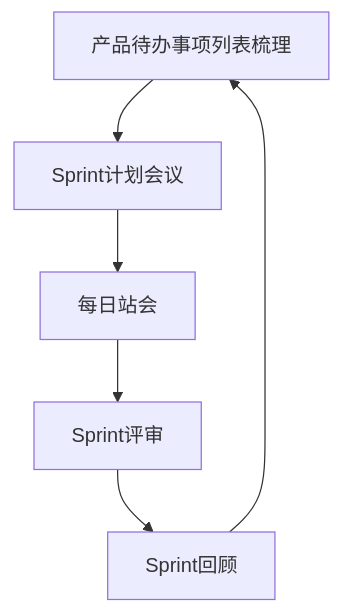
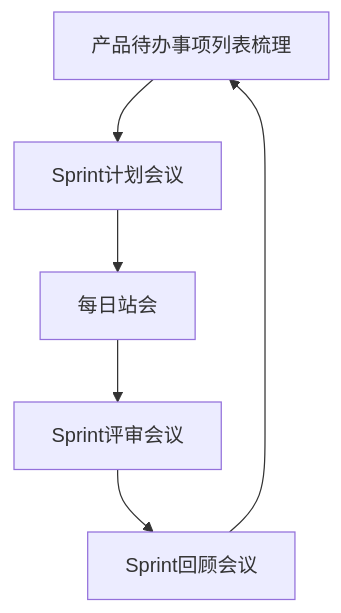
One commit to yuedong111/learnmix_resource changed the diagram in output/software_junior/08_敏捷开发方法_.md. Above: the diagram before and after it, drawn with Mermaid. The commit also changed other lines of this file and 15 other files, not shown here.

Commit message:
Refactor chapters 15 and 16: Enhance clarity and structure on system reliability and standardization concepts, including improved examples and definitions. Update markdown formatting and add diagrams for better understanding.

````diff
--- a/output/software_junior/08_敏捷开发方法_.md
+++ b/output/software_junior/08_敏捷开发方法_.md
@@ -63,8 +46,8 @@
 ```mermaid
 graph TD
     A[产品待办事项列表梳理] --> B[Sprint计划会议]
     B --> C[每日站会]
-    C --> D[Sprint评审]
-    D --> E[Sprint回顾]
+    C --> D[Sprint评审会议]
+    D --> E[Sprint回顾会议]
     E --> A
 ```
````
